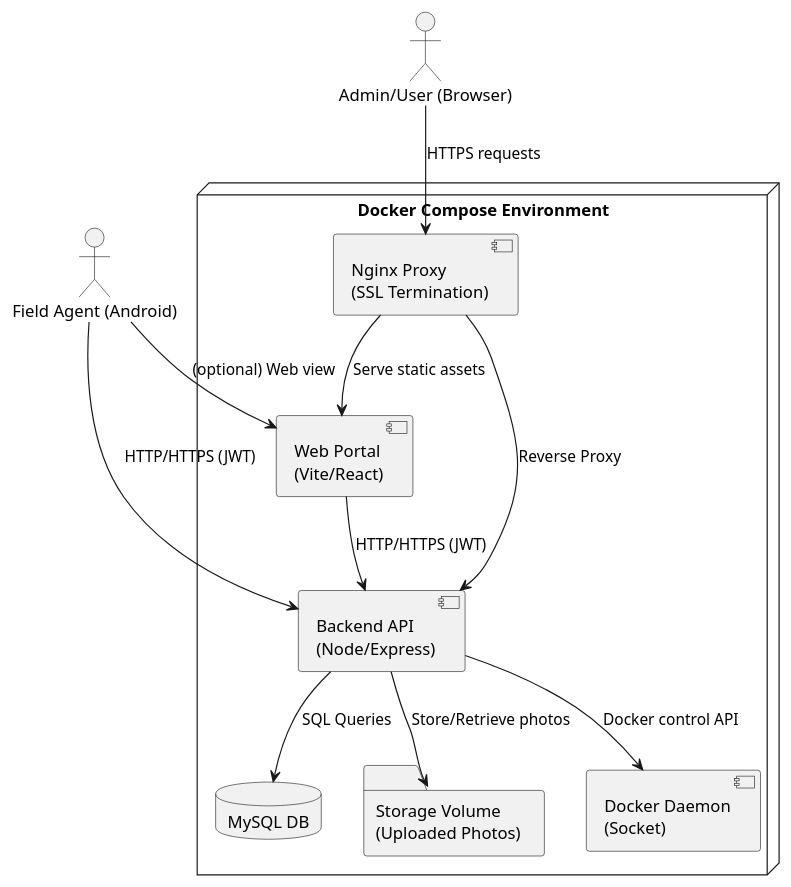
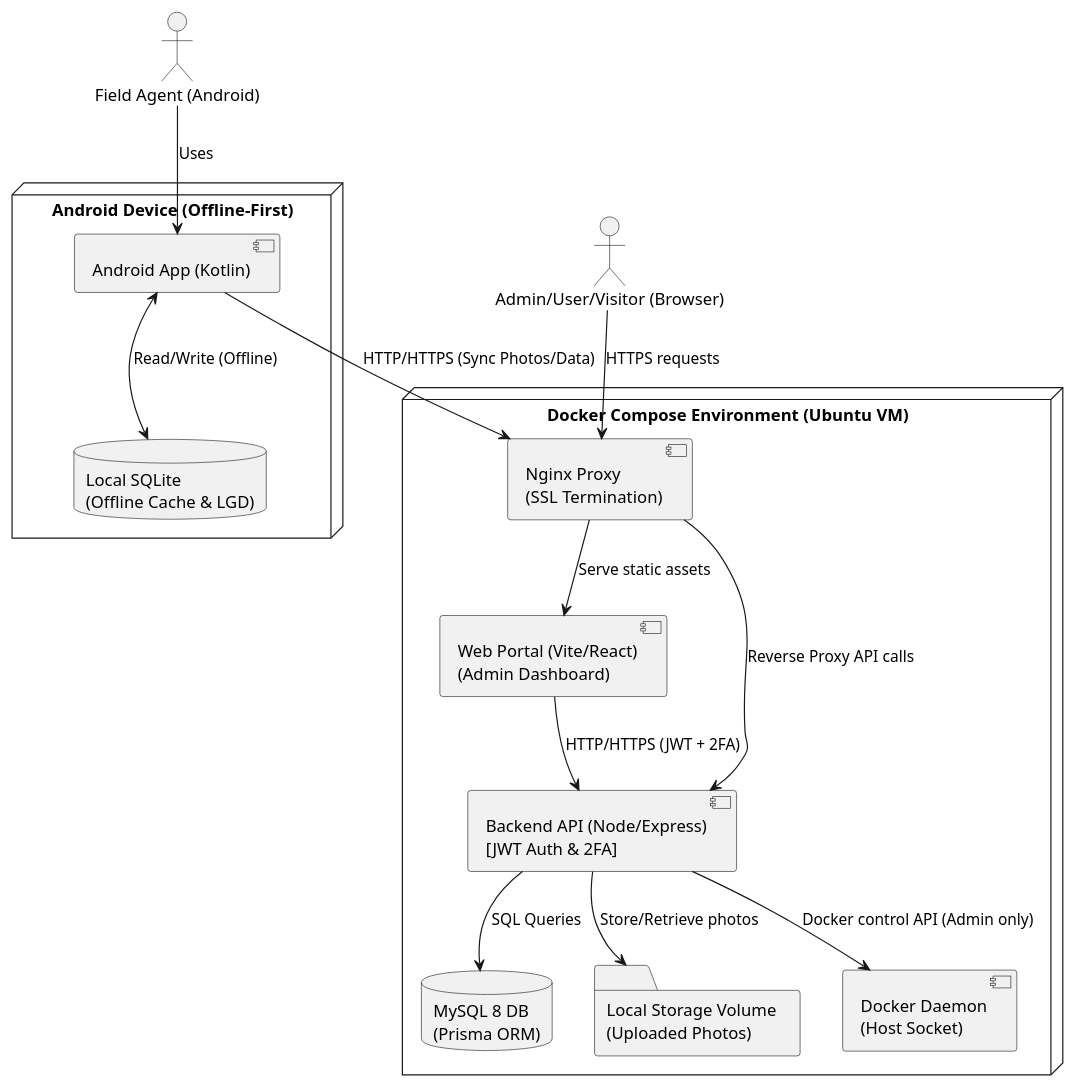
Before and after one commit to pranavakshit/gps-cam-portal: the diagram in architecture.puml, drawn with PlantUML.

Commit message:
docs: update architecture diagram to reflect final project state

```diff
--- a/architecture.puml
+++ b/architecture.puml
@@ -1,26 +1,37 @@
 @startuml
 skinparam componentStyle uml2
 
 actor "Field Agent (Android)" as Agent
-actor "Admin/User (Browser)" as Admin
+actor "Admin/User/Visitor (Browser)" as PortalUser
 
-node "Docker Compose Environment" {
-  component "Nginx Proxy\n(SSL Termination)" as Nginx
-  component "Backend API\n(Node/Express)" as Backend
-  component "Web Portal\n(Vite/React)" as Web
-  database "MySQL DB" as DB
-  folder "Storage Volume\n(Uploaded Photos)" as Storage
-  component "Docker Daemon\n(Socket)" as DockerSock
+node "Android Device (Offline-First)" {
+  component "Android App (Kotlin)" as MobileApp
+  database "Local SQLite\n(Offline Cache & LGD)" as LocalDB
 }
 
-Agent --> Backend : HTTP/HTTPS (JWT)
-Agent --> Web : (optional) Web view
-Web --> Backend : HTTP/HTTPS (JWT)
+node "Docker Compose Environment (Ubuntu VM)" {
+  component "Nginx Proxy\n(SSL Termination)" as Nginx
+  
+  component "Web Portal (Vite/React)\n(Admin Dashboard)" as Web
+  
+  component "Backend API (Node/Express)\n[JWT Auth & 2FA]" as Backend
+  
+  database "MySQL 8 DB\n(Prisma ORM)" as DB
+  folder "Local Storage Volume\n(Uploaded Photos)" as Storage
+  component "Docker Daemon\n(Host Socket)" as DockerSock
+}
+
+Agent --> MobileApp : Uses
+MobileApp <--> LocalDB : Read/Write (Offline)
+MobileApp --> Nginx : HTTP/HTTPS (Sync Photos/Data)
+
+PortalUser --> Nginx : HTTPS requests
+Nginx --> Web : Serve static assets
+Nginx --> Backend : Reverse Proxy API calls
+
+Web --> Backend : HTTP/HTTPS (JWT + 2FA)
 Backend --> DB : SQL Queries
 Backend --> Storage : Store/Retrieve photos
-Backend --> DockerSock : Docker control API
-Nginx --> Backend : Reverse Proxy
-Nginx --> Web : Serve static assets
-Admin --> Nginx : HTTPS requests
+Backend --> DockerSock : Docker control API (Admin only)
 
 @enduml
```
